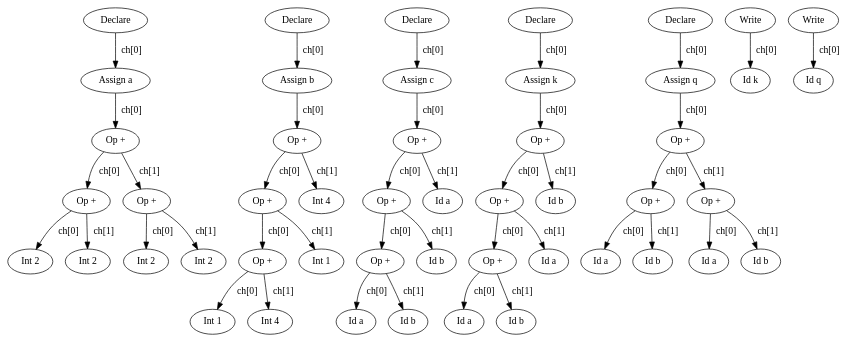
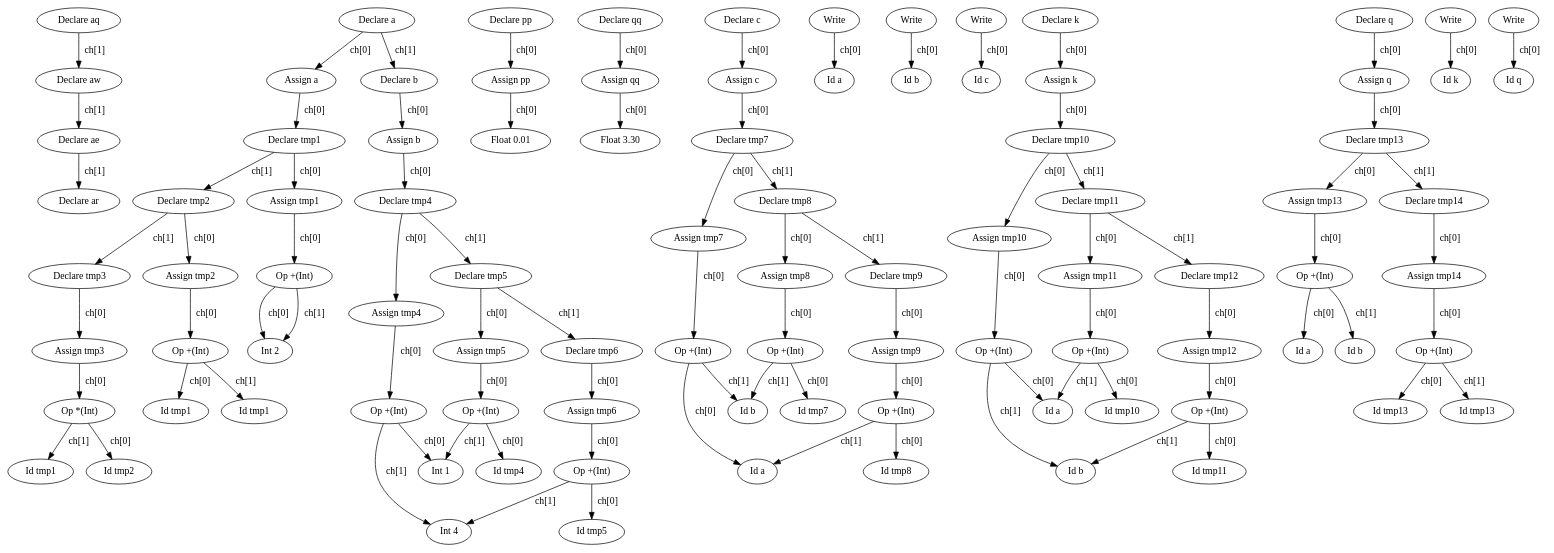
The diagram in TC/syntax_tree.dot (L1ttle-Q/tiny_compiler_plus), drawn with Graphviz before and after one commit. The commit also changed 13 other files, not shown here.

```diff
--- a/TC/syntax_tree.dot
+++ b/TC/syntax_tree.dot
@@ -1,93 +1,183 @@
 digraph SyntaxTree {
-"000001C13A5B2260" [ label = "Declare"];
-"000001C13A5B28A0" [ label = "Assign a"];
-"000001C13A5B23F0" [ label = "Op +"];
-"000001C13A5B2300" [ label = "Op +"];
-"000001C13A5B2850" [ label = "Int 2"];
-"000001C13A5B28F0" [ label = "Int 2"];
-"000001C13A5B2300" -> "000001C13A5B2850" [label = " ch[0] "];
-"000001C13A5B2300" -> "000001C13A5B28F0" [label = " ch[1] "];
-"000001C13A5B2760" [ label = "Op +"];
-"000001C13A5B2940" [ label = "Int 2"];
-"000001C13A5B27B0" [ label = "Int 2"];
-"000001C13A5B2760" -> "000001C13A5B2940" [label = " ch[0] "];
-"000001C13A5B2760" -> "000001C13A5B27B0" [label = " ch[1] "];
-"000001C13A5B23F0" -> "000001C13A5B2300" [label = " ch[0] "];
-"000001C13A5B23F0" -> "000001C13A5B2760" [label = " ch[1] "];
-"000001C13A5B28A0" -> "000001C13A5B23F0" [label = " ch[0] "];
-"000001C13A5B2260" -> "000001C13A5B28A0" [label = " ch[0] "];
-"000001C13A5B2670" [ label = "Declare"];
-"000001C13A5B26C0" [ label = "Assign b"];
-"000001C13A5B2350" [ label = "Op +"];
-"000001C13A5B22B0" [ label = "Op +"];
-"000001C13A5B2440" [ label = "Op +"];
-"000001C13A5B2800" [ label = "Int 1"];
-"000001C13A5B2990" [ label = "Int 4"];
-"000001C13A5B2440" -> "000001C13A5B2800" [label = " ch[0] "];
-"000001C13A5B2440" -> "000001C13A5B2990" [label = " ch[1] "];
-"000001C13A5B2710" [ label = "Int 1"];
-"000001C13A5B22B0" -> "000001C13A5B2440" [label = " ch[0] "];
-"000001C13A5B22B0" -> "000001C13A5B2710" [label = " ch[1] "];
-"000001C13A5B23A0" [ label = "Int 4"];
-"000001C13A5B2350" -> "000001C13A5B22B0" [label = " ch[0] "];
-"000001C13A5B2350" -> "000001C13A5B23A0" [label = " ch[1] "];
-"000001C13A5B26C0" -> "000001C13A5B2350" [label = " ch[0] "];
-"000001C13A5B2670" -> "000001C13A5B26C0" [label = " ch[0] "];
-"000001C13A5B2490" [ label = "Declare"];
-"000001C13A5B24E0" [ label = "Assign c"];
-"000001C13A5CBA20" [ label = "Op +"];
-"000001C13A5CB9D0" [ label = "Op +"];
-"000001C13A5B25D0" [ label = "Op +"];
-"000001C13A5B2580" [ label = "Id a"];
-"000001C13A5CC060" [ label = "Id b"];
-"000001C13A5B25D0" -> "000001C13A5B2580" [label = " ch[0] "];
-"000001C13A5B25D0" -> "000001C13A5CC060" [label = " ch[1] "];
-"000001C13A5CBB60" [ label = "Id b"];
-"000001C13A5CB9D0" -> "000001C13A5B25D0" [label = " ch[0] "];
-"000001C13A5CB9D0" -> "000001C13A5CBB60" [label = " ch[1] "];
-"000001C13A5CBC00" [ label = "Id a"];
-"000001C13A5CBA20" -> "000001C13A5CB9D0" [label = " ch[0] "];
-"000001C13A5CBA20" -> "000001C13A5CBC00" [label = " ch[1] "];
-"000001C13A5B24E0" -> "000001C13A5CBA20" [label = " ch[0] "];
-"000001C13A5B2490" -> "000001C13A5B24E0" [label = " ch[0] "];
-"000001C13A5CBA70" [ label = "Declare"];
-"000001C13A5CB8E0" [ label = "Assign k"];
-"000001C13A5CBE80" [ label = "Op +"];
-"000001C13A5CBB10" [ label = "Op +"];
-"000001C13A5CBAC0" [ label = "Op +"];
-"000001C13A5CBC50" [ label = "Id a"];
-"000001C13A5CC380" [ label = "Id b"];
-"000001C13A5CBAC0" -> "000001C13A5CBC50" [label = " ch[0] "];
-"000001C13A5CBAC0" -> "000001C13A5CC380" [label = " ch[1] "];
-"000001C13A5CC3D0" [ label = "Id a"];
-"000001C13A5CBB10" -> "000001C13A5CBAC0" [label = " ch[0] "];
-"000001C13A5CBB10" -> "000001C13A5CC3D0" [label = " ch[1] "];
-"000001C13A5CC2E0" [ label = "Id b"];
-"000001C13A5CBE80" -> "000001C13A5CBB10" [label = " ch[0] "];
-"000001C13A5CBE80" -> "000001C13A5CC2E0" [label = " ch[1] "];
-"000001C13A5CB8E0" -> "000001C13A5CBE80" [label = " ch[0] "];
-"000001C13A5CBA70" -> "000001C13A5CB8E0" [label = " ch[0] "];
-"000001C13A5CB7A0" [ label = "Declare"];
-"000001C13A5CC240" [ label = "Assign q"];
-"000001C13A5CB570" [ label = "Op +"];
-"000001C13A5CBBB0" [ label = "Op +"];
-"000001C13A5CB520" [ label = "Id a"];
-"000001C13A5CB6B0" [ label = "Id b"];
-"000001C13A5CBBB0" -> "000001C13A5CB520" [label = " ch[0] "];
-"000001C13A5CBBB0" -> "000001C13A5CB6B0" [label = " ch[1] "];
-"000001C13A5CC150" [ label = "Op +"];
-"000001C13A5CBCA0" [ label = "Id a"];
-"000001C13A5CB980" [ label = "Id b"];
-"000001C13A5CC150" -> "000001C13A5CBCA0" [label = " ch[0] "];
-"000001C13A5CC150" -> "000001C13A5CB980" [label = " ch[1] "];
-"000001C13A5CB570" -> "000001C13A5CBBB0" [label = " ch[0] "];
-"000001C13A5CB570" -> "000001C13A5CC150" [label = " ch[1] "];
-"000001C13A5CC240" -> "000001C13A5CB570" [label = " ch[0] "];
-"000001C13A5CB7A0" -> "000001C13A5CC240" [label = " ch[0] "];
-"000001C13A5CC330" [ label = "Write"];
-"000001C13A5CC1A0" [ label = "Id k"];
-"000001C13A5CC330" -> "000001C13A5CC1A0" [label = " ch[0] "];
-"000001C13A5CB750" [ label = "Write"];
-"000001C13A5CBCF0" [ label = "Id q"];
-"000001C13A5CB750" -> "000001C13A5CBCF0" [label = " ch[0] "];
+"0000011FE3DB0870" [ label = "Declare aq"];
+"0000011FE3DB0410" [ label = "Declare aw"];
+"0000011FE3DB0550" [ label = "Declare ae"];
+"0000011FE3DB0690" [ label = "Declare ar"];
+"0000011FE3DB0550" -> "0000011FE3DB0690" [label = " ch[1] "];
+"0000011FE3DB0410" -> "0000011FE3DB0550" [label = " ch[1] "];
+"0000011FE3DB0870" -> "0000011FE3DB0410" [label = " ch[1] "];
+"0000011FE3DB09B0" [ label = "Declare a"];
+"0000011FE3DB08C0" [ label = "Assign a"];
+"0000011FE3DB0910" [ label = "Declare tmp1"];
+"0000011FE3DB0960" [ label = "Assign tmp1"];
+"0000011FE3DB0A00" [ label = "Op +(Int)"];
+"0000011FE3DB0730" [ label = "Int 2"];
+"0000011FE3DB0A00" -> "0000011FE3DB0730" [label = " ch[0] "];
+"0000011FE3DB0A00" -> "0000011FE3DB0730" [label = " ch[1] "];
+"0000011FE3DB0960" -> "0000011FE3DB0A00" [label = " ch[0] "];
+"0000011FE3DB0640" [ label = "Declare tmp2"];
+"0000011FE3DB05F0" [ label = "Assign tmp2"];
+"0000011FE3DB05A0" [ label = "Op +(Int)"];
+"0000011FE3DB0780" [ label = "Id tmp1"];
+"0000011FE3DB0AA0" [ label = "Id tmp1"];
+"0000011FE3DB05A0" -> "0000011FE3DB0780" [label = " ch[0] "];
+"0000011FE3DB05A0" -> "0000011FE3DB0AA0" [label = " ch[1] "];
+"0000011FE3DB05F0" -> "0000011FE3DB05A0" [label = " ch[0] "];
+"0000011FE3DB07D0" [ label = "Declare tmp3"];
+"0000011FE3DB0460" [ label = "Assign tmp3"];
+"0000011FE3DB0A50" [ label = "Op *(Int)"];
+"0000011FE3DB0370" [ label = "Id tmp2"];
+"0000011FE3DB03C0" [ label = "Id tmp1"];
+"0000011FE3DB0A50" -> "0000011FE3DB0370" [label = " ch[0] "];
+"0000011FE3DB0A50" -> "0000011FE3DB03C0" [label = " ch[1] "];
+"0000011FE3DB0460" -> "0000011FE3DB0A50" [label = " ch[0] "];
+"0000011FE3DB07D0" -> "0000011FE3DB0460" [label = " ch[0] "];
+"0000011FE3DB0640" -> "0000011FE3DB05F0" [label = " ch[0] "];
+"0000011FE3DB0640" -> "0000011FE3DB07D0" [label = " ch[1] "];
+"0000011FE3DB0910" -> "0000011FE3DB0960" [label = " ch[0] "];
+"0000011FE3DB0910" -> "0000011FE3DB0640" [label = " ch[1] "];
+"0000011FE3DB08C0" -> "0000011FE3DB0910" [label = " ch[0] "];
+"0000011FE3DB04B0" [ label = "Declare b"];
+"0000011FE3DB0500" [ label = "Assign b"];
+"0000011FE3DCB030" [ label = "Declare tmp4"];
+"0000011FE3DCBD50" [ label = "Assign tmp4"];
+"0000011FE3DCB6C0" [ label = "Op +(Int)"];
+"0000011FE3DCB990" [ label = "Int 1"];
+"0000011FE3DCB620" [ label = "Int 4"];
+"0000011FE3DCB6C0" -> "0000011FE3DCB990" [label = " ch[0] "];
+"0000011FE3DCB6C0" -> "0000011FE3DCB620" [label = " ch[1] "];
+"0000011FE3DCBD50" -> "0000011FE3DCB6C0" [label = " ch[0] "];
+"0000011FE3DCB7B0" [ label = "Declare tmp5"];
+"0000011FE3DCBA30" [ label = "Assign tmp5"];
+"0000011FE3DCB080" [ label = "Op +(Int)"];
+"0000011FE3DCB850" [ label = "Id tmp4"];
+"0000011FE3DCB080" -> "0000011FE3DCB850" [label = " ch[0] "];
+"0000011FE3DCB080" -> "0000011FE3DCB990" [label = " ch[1] "];
+"0000011FE3DCBA30" -> "0000011FE3DCB080" [label = " ch[0] "];
+"0000011FE3DCBA80" [ label = "Declare tmp6"];
+"0000011FE3DCB5D0" [ label = "Assign tmp6"];
+"0000011FE3DCB440" [ label = "Op +(Int)"];
+"0000011FE3DCB490" [ label = "Id tmp5"];
+"0000011FE3DCB440" -> "0000011FE3DCB490" [label = " ch[0] "];
+"0000011FE3DCB440" -> "0000011FE3DCB620" [label = " ch[1] "];
+"0000011FE3DCB5D0" -> "0000011FE3DCB440" [label = " ch[0] "];
+"0000011FE3DCBA80" -> "0000011FE3DCB5D0" [label = " ch[0] "];
+"0000011FE3DCB7B0" -> "0000011FE3DCBA30" [label = " ch[0] "];
+"0000011FE3DCB7B0" -> "0000011FE3DCBA80" [label = " ch[1] "];
+"0000011FE3DCB030" -> "0000011FE3DCBD50" [label = " ch[0] "];
+"0000011FE3DCB030" -> "0000011FE3DCB7B0" [label = " ch[1] "];
+"0000011FE3DB0500" -> "0000011FE3DCB030" [label = " ch[0] "];
+"0000011FE3DB04B0" -> "0000011FE3DB0500" [label = " ch[0] "];
+"0000011FE3DB09B0" -> "0000011FE3DB08C0" [label = " ch[0] "];
+"0000011FE3DB09B0" -> "0000011FE3DB04B0" [label = " ch[1] "];
+"0000011FE3DCB800" [ label = "Declare pp"];
+"0000011FE3DCBF30" [ label = "Assign pp"];
+"0000011FE3DCB260" [ label = "Float 0.01"];
+"0000011FE3DCBF30" -> "0000011FE3DCB260" [label = " ch[0] "];
+"0000011FE3DCB800" -> "0000011FE3DCBF30" [label = " ch[0] "];
+"0000011FE3DCBEE0" [ label = "Declare qq"];
+"0000011FE3DCB4E0" [ label = "Assign qq"];
+"0000011FE3DCBC10" [ label = "Float 3.30"];
+"0000011FE3DCB4E0" -> "0000011FE3DCBC10" [label = " ch[0] "];
+"0000011FE3DCBEE0" -> "0000011FE3DCB4E0" [label = " ch[0] "];
+"0000011FE3DCB170" [ label = "Declare c"];
+"0000011FE3DCB940" [ label = "Assign c"];
+"0000011FE3DCBC60" [ label = "Declare tmp7"];
+"0000011FE3DCB210" [ label = "Assign tmp7"];
+"0000011FE3DCBF80" [ label = "Op +(Int)"];
+"0000011FE3DCBB70" [ label = "Id a"];
+"0000011FE3DCBB20" [ label = "Id b"];
+"0000011FE3DCBF80" -> "0000011FE3DCBB70" [label = " ch[0] "];
+"0000011FE3DCBF80" -> "0000011FE3DCBB20" [label = " ch[1] "];
+"0000011FE3DCB210" -> "0000011FE3DCBF80" [label = " ch[0] "];
+"0000011FE3DCB3F0" [ label = "Declare tmp8"];
+"0000011FE3DCBD00" [ label = "Assign tmp8"];
+"0000011FE3DCB120" [ label = "Op +(Int)"];
+"0000011FE3DCB710" [ label = "Id tmp7"];
+"0000011FE3DCB120" -> "0000011FE3DCB710" [label = " ch[0] "];
+"0000011FE3DCB120" -> "0000011FE3DCBB20" [label = " ch[1] "];
+"0000011FE3DCBD00" -> "0000011FE3DCB120" [label = " ch[0] "];
+"0000011FE3DCB350" [ label = "Declare tmp9"];
+"0000011FE3DCB760" [ label = "Assign tmp9"];
+"0000011FE3DCB530" [ label = "Op +(Int)"];
+"0000011FE3DCBDA0" [ label = "Id tmp8"];
+"0000011FE3DCB530" -> "0000011FE3DCBDA0" [label = " ch[0] "];
+"0000011FE3DCB530" -> "0000011FE3DCBB70" [label = " ch[1] "];
+"0000011FE3DCB760" -> "0000011FE3DCB530" [label = " ch[0] "];
+"0000011FE3DCB350" -> "0000011FE3DCB760" [label = " ch[0] "];
+"0000011FE3DCB3F0" -> "0000011FE3DCBD00" [label = " ch[0] "];
+"0000011FE3DCB3F0" -> "0000011FE3DCB350" [label = " ch[1] "];
+"0000011FE3DCBC60" -> "0000011FE3DCB210" [label = " ch[0] "];
+"0000011FE3DCBC60" -> "0000011FE3DCB3F0" [label = " ch[1] "];
+"0000011FE3DCB940" -> "0000011FE3DCBC60" [label = " ch[0] "];
+"0000011FE3DCB170" -> "0000011FE3DCB940" [label = " ch[0] "];
+"0000011FE3DCB580" [ label = "Write"];
+"0000011FE3DCB670" [ label = "Id a"];
+"0000011FE3DCB580" -> "0000011FE3DCB670" [label = " ch[0] "];
+"0000011FE3DCBDF0" [ label = "Write"];
+"0000011FE3DCBBC0" [ label = "Id b"];
+"0000011FE3DCBDF0" -> "0000011FE3DCBBC0" [label = " ch[0] "];
+"0000011FE3DCB2B0" [ label = "Write"];
+"0000011FE3DCBE90" [ label = "Id c"];
+"0000011FE3DCB2B0" -> "0000011FE3DCBE90" [label = " ch[0] "];
+"0000011FE3DCBAD0" [ label = "Declare k"];
+"0000011FE3DCB300" [ label = "Assign k"];
+"0000011FE3DCC130" [ label = "Declare tmp10"];
+"0000011FE3DCCB80" [ label = "Assign tmp10"];
+"0000011FE3DCB9E0" [ label = "Op +(Int)"];
+"0000011FE3DCB8F0" [ label = "Id a"];
+"0000011FE3DCB3A0" [ label = "Id b"];
+"0000011FE3DCB9E0" -> "0000011FE3DCB8F0" [label = " ch[0] "];
+"0000011FE3DCB9E0" -> "0000011FE3DCB3A0" [label = " ch[1] "];
+"0000011FE3DCCB80" -> "0000011FE3DCB9E0" [label = " ch[0] "];
+"0000011FE3DCC180" [ label = "Declare tmp11"];
+"0000011FE3DCC270" [ label = "Assign tmp11"];
+"0000011FE3DCC360" [ label = "Op +(Int)"];
+"0000011FE3DCCBD0" [ label = "Id tmp10"];
+"0000011FE3DCC360" -> "0000011FE3DCCBD0" [label = " ch[0] "];
+"0000011FE3DCC360" -> "0000011FE3DCB8F0" [label = " ch[1] "];
+"0000011FE3DCC270" -> "0000011FE3DCC360" [label = " ch[0] "];
+"0000011FE3DCCAE0" [ label = "Declare tmp12"];
+"0000011FE3DCCC70" [ label = "Assign tmp12"];
+"0000011FE3DCC590" [ label = "Op +(Int)"];
+"0000011FE3DCC3B0" [ label = "Id tmp11"];
+"0000011FE3DCC590" -> "0000011FE3DCC3B0" [label = " ch[0] "];
+"0000011FE3DCC590" -> "0000011FE3DCB3A0" [label = " ch[1] "];
+"0000011FE3DCCC70" -> "0000011FE3DCC590" [label = " ch[0] "];
+"0000011FE3DCCAE0" -> "0000011FE3DCCC70" [label = " ch[0] "];
+"0000011FE3DCC180" -> "0000011FE3DCC270" [label = " ch[0] "];
+"0000011FE3DCC180" -> "0000011FE3DCCAE0" [label = " ch[1] "];
+"0000011FE3DCC130" -> "0000011FE3DCCB80" [label = " ch[0] "];
+"0000011FE3DCC130" -> "0000011FE3DCC180" [label = " ch[1] "];
+"0000011FE3DCB300" -> "0000011FE3DCC130" [label = " ch[0] "];
+"0000011FE3DCBAD0" -> "0000011FE3DCB300" [label = " ch[0] "];
+"0000011FE3DCCB30" [ label = "Declare q"];
+"0000011FE3DCCC20" [ label = "Assign q"];
+"0000011FE3DCC450" [ label = "Declare tmp13"];
+"0000011FE3DCC400" [ label = "Assign tmp13"];
+"0000011FE3DCCD60" [ label = "Op +(Int)"];
+"0000011FE3DCCD10" [ label = "Id a"];
+"0000011FE3DCC220" [ label = "Id b"];
+"0000011FE3DCCD60" -> "0000011FE3DCCD10" [label = " ch[0] "];
+"0000011FE3DCCD60" -> "0000011FE3DCC220" [label = " ch[1] "];
+"0000011FE3DCC400" -> "0000011FE3DCCD60" [label = " ch[0] "];
+"0000011FE3DCCF90" [ label = "Declare tmp14"];
+"0000011FE3DCC810" [ label = "Assign tmp14"];
+"0000011FE3DCC9A0" [ label = "Op +(Int)"];
+"0000011FE3DCC2C0" [ label = "Id tmp13"];
+"0000011FE3DCC1D0" [ label = "Id tmp13"];
+"0000011FE3DCC9A0" -> "0000011FE3DCC2C0" [label = " ch[0] "];
+"0000011FE3DCC9A0" -> "0000011FE3DCC1D0" [label = " ch[1] "];
+"0000011FE3DCC810" -> "0000011FE3DCC9A0" [label = " ch[0] "];
+"0000011FE3DCCF90" -> "0000011FE3DCC810" [label = " ch[0] "];
+"0000011FE3DCC450" -> "0000011FE3DCC400" [label = " ch[0] "];
+"0000011FE3DCC450" -> "0000011FE3DCCF90" [label = " ch[1] "];
+"0000011FE3DCCC20" -> "0000011FE3DCC450" [label = " ch[0] "];
+"0000011FE3DCCB30" -> "0000011FE3DCCC20" [label = " ch[0] "];
+"0000011FE3DCC900" [ label = "Write"];
+"0000011FE3DCC7C0" [ label = "Id k"];
+"0000011FE3DCC900" -> "0000011FE3DCC7C0" [label = " ch[0] "];
+"0000011FE3DCC310" [ label = "Write"];
+"0000011FE3DCC860" [ label = "Id q"];
+"0000011FE3DCC310" -> "0000011FE3DCC860" [label = " ch[0] "];
 }
```
